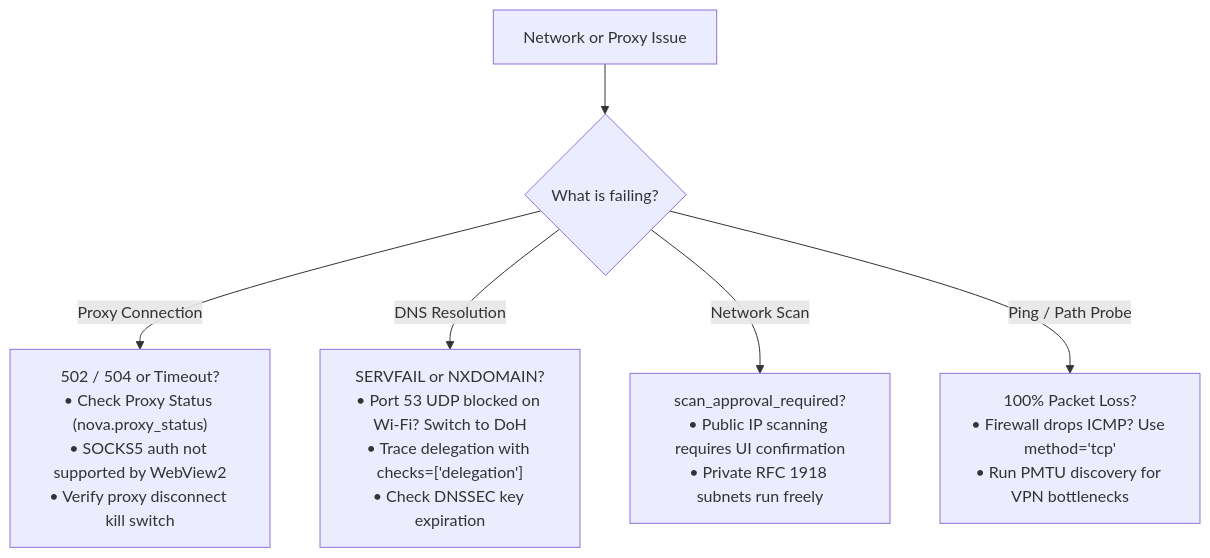
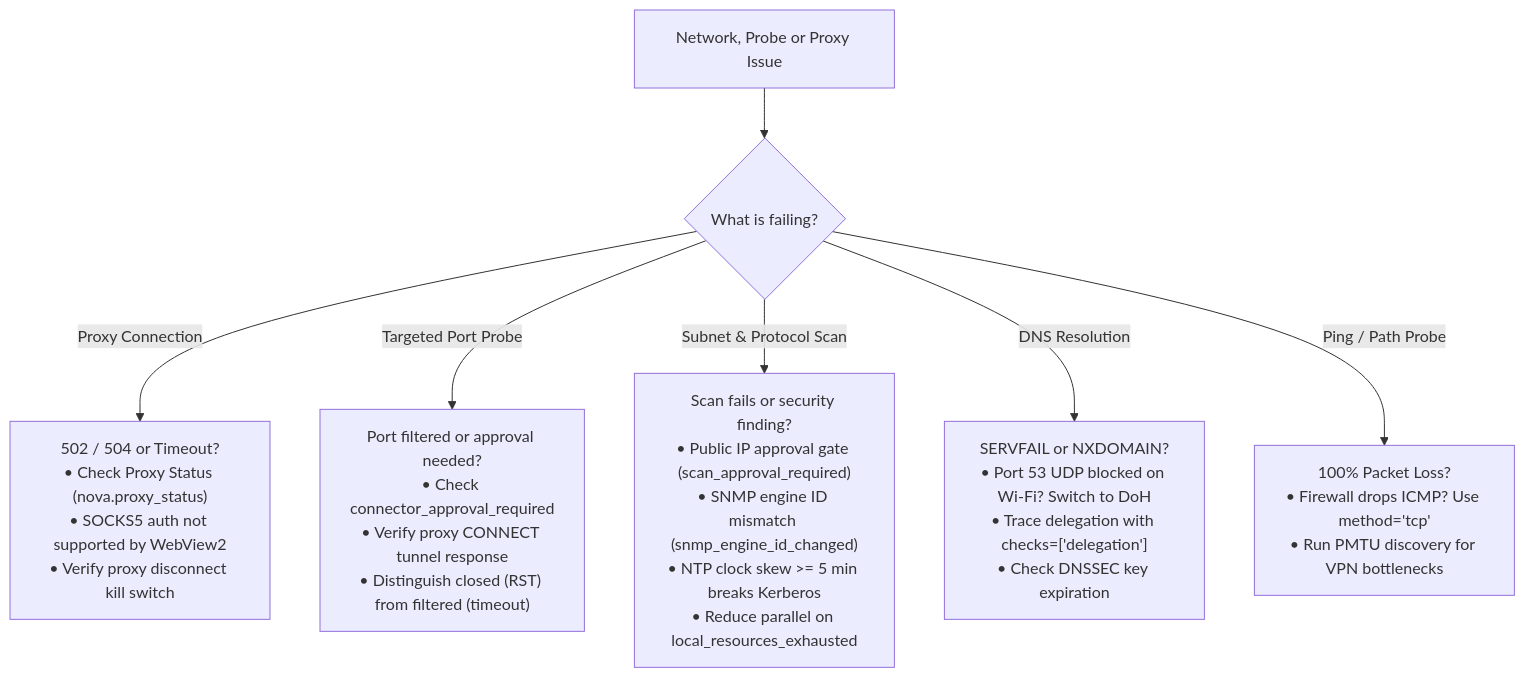
The diagram in docs/troubleshooting/network-and-proxies.md (joelaniol/nova), drawn with Mermaid before and after one commit. The commit also changed other lines of this file and 6 other files, not shown here.

Commit message:
docs(network): expand port probe, deep protocol probes (SNMP, NTP, LDAP) and troubleshooting guide

````diff
--- a/docs/troubleshooting/network-and-proxies.md
+++ b/docs/troubleshooting/network-and-proxies.md
@@ -10,9 +31,10 @@
 ```mermaid
 flowchart TD
-    Issue["Network or Proxy Issue"] --> Type{"What is failing?"}
+    Issue["Network, Probe or Proxy Issue"] --> Type{"What is failing?"}
     
     Type -->|Proxy Connection| P1["502 / 504 or Timeout?<br/>• Check Proxy Status (nova.proxy_status)<br/>• SOCKS5 auth not supported by WebView2<br/>• Verify proxy disconnect kill switch"]
+    Type -->|Targeted Port Probe| PR1["Port filtered or approval needed?<br/>• Check connector_approval_required<br/>• Verify proxy CONNECT tunnel response<br/>• Distinguish closed (RST) from filtered (timeout)"]
+    Type -->|Subnet & Protocol Scan| S1["Scan fails or security finding?<br/>• Public IP approval gate (scan_approval_required)<br/>• SNMP engine ID mismatch (snmp_engine_id_changed)<br/>• NTP clock skew >= 5 min breaks Kerberos<br/>• Reduce parallel on local_resources_exhausted"]
     Type -->|DNS Resolution| D1["SERVFAIL or NXDOMAIN?<br/>• Port 53 UDP blocked on Wi-Fi? Switch to DoH<br/>• Trace delegation with checks=['delegation']<br/>• Check DNSSEC key expiration"]
-    Type -->|Network Scan| S1["scan_approval_required?<br/>• Public IP scanning requires UI confirmation<br/>• Private RFC 1918 subnets run freely"]
     Type -->|Ping / Path Probe| T1["100% Packet Loss?<br/>• Firewall drops ICMP? Use method='tcp'<br/>• Run PMTU discovery for VPN bottlenecks"]
 ```
````
